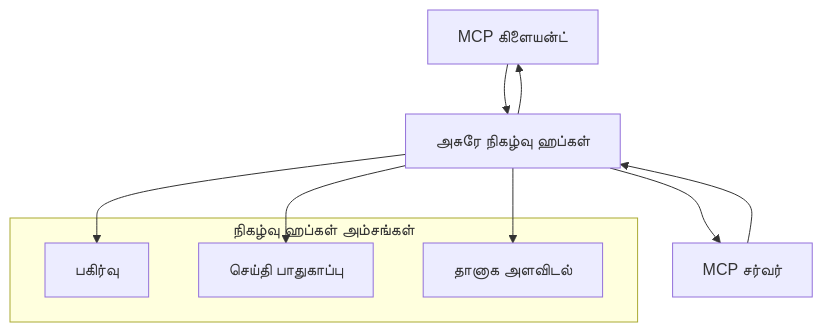
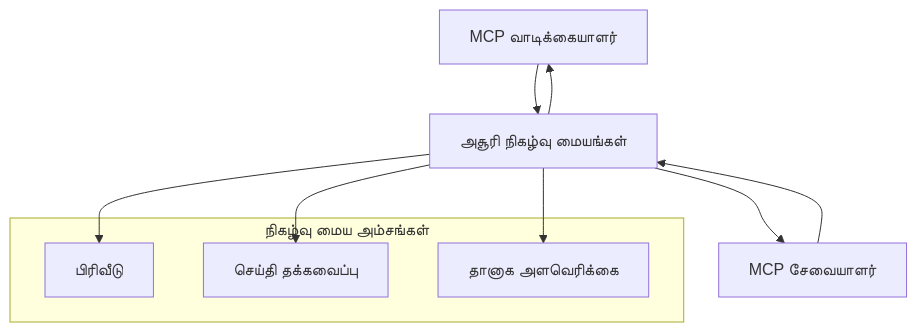
The second of 2 diagrams in mcp_ecosystem__model_context_protocol/mcp_learning_resources/mcp-for-beginners/translations/ta/05-AdvancedTopics/mcp-transport/README.md (HIDORAKAI002/ai-workspace-archive), drawn with Mermaid before and after one commit. The commit also changed other lines of this file and 1539 other files, not shown here.

````diff
--- a/mcp_ecosystem__model_context_protocol/mcp_learning_resources/mcp-for-beginners/translations/ta/05-AdvancedTopics/mcp-transport/README.md
+++ b/mcp_ecosystem__model_context_protocol/mcp_learning_resources/mcp-for-beginners/translations/ta/05-AdvancedTopics/mcp-transport/README.md
@@ -269,17 +270,17 @@
 ```mermaid
 graph TB
-    Client[MCP கிளையன்ட்] --> EH[அசுரே நிகழ்வு ஹப்கள்]
-    EH --> Server[MCP சர்வர்]
+    Client[MCP வாடிக்கையாளர்] --> EH[அசூரி நிகழ்வு மையங்கள்]
+    EH --> Server[MCP சேவையாளர்]
     Server --> EH
     EH --> Client
     
-    subgraph "நிகழ்வு ஹப்கள் அம்சங்கள்"
-        Partition[பகிர்வு]
-        Retention[செய்தி பாதுகாப்பு]
-        Scaling[தானாக அளவிடல்]
+    subgraph "நிகழ்வு மைய அம்சங்கள்"
+        Partition[பிரிவீடு]
+        Retention[செய்தி தக்கவைப்பு]
+        Scaling[தானாக அளவெரிக்கை]
     end
     
     EH --> Partition
     EH --> Retention
     EH --> Scaling
 ```
````
